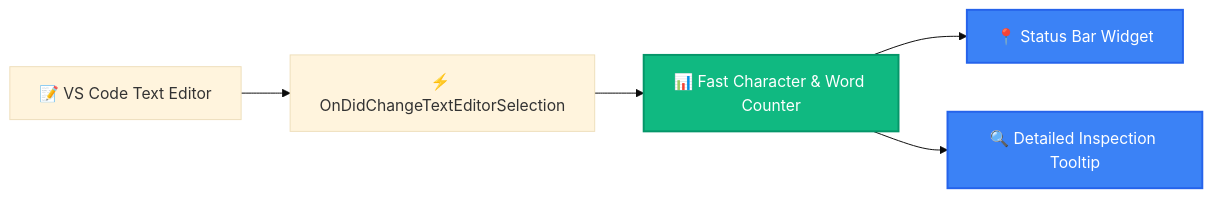
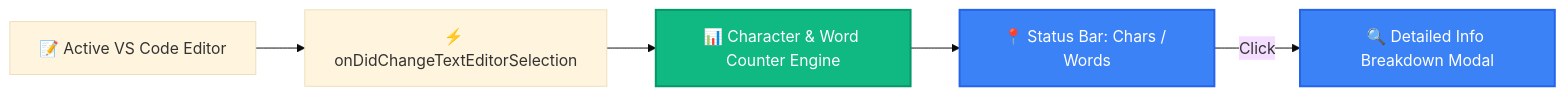
The diagram in README.md (LoNebula/character-counter), drawn with Mermaid (base theme) before and after one commit. The commit also changed other lines of this file, not shown here.

Commit message:
docs: update 100% code-accurate README with exact implementation specifications

````diff
--- a/README.md
+++ b/README.md
@@ -38,12 +59,12 @@
 ```mermaid
 graph LR
-  Editor[📝 VS Code Text Editor] --> Event[⚡ OnDidChangeTextEditorSelection]
-  Event --> Engine[📊 Fast Character & Word Counter]
-  Engine --> Status[📍 Status Bar Widget]
-  Engine --> Popup[🔍 Detailed Inspection Tooltip]
-  
+  Editor[📝 Active VS Code Editor] --> Event[⚡ onDidChangeTextEditorSelection]
+  Event --> Parser[📊 Character & Word Counter Engine]
+  Parser --> Status[📍 Status Bar: Chars / Words]
+  Status -->|Click| Modal[🔍 Detailed Info Breakdown Modal]
+
   classDef primary fill:#10b981,stroke:#059669,stroke-width:2px,color:#fff;
   classDef accent fill:#3b82f6,stroke:#2563eb,stroke-width:2px,color:#fff;
-  class Engine primary;
-  class Status,Popup accent;
+  class Parser primary;
+  class Status,Modal accent;
 ```
````
